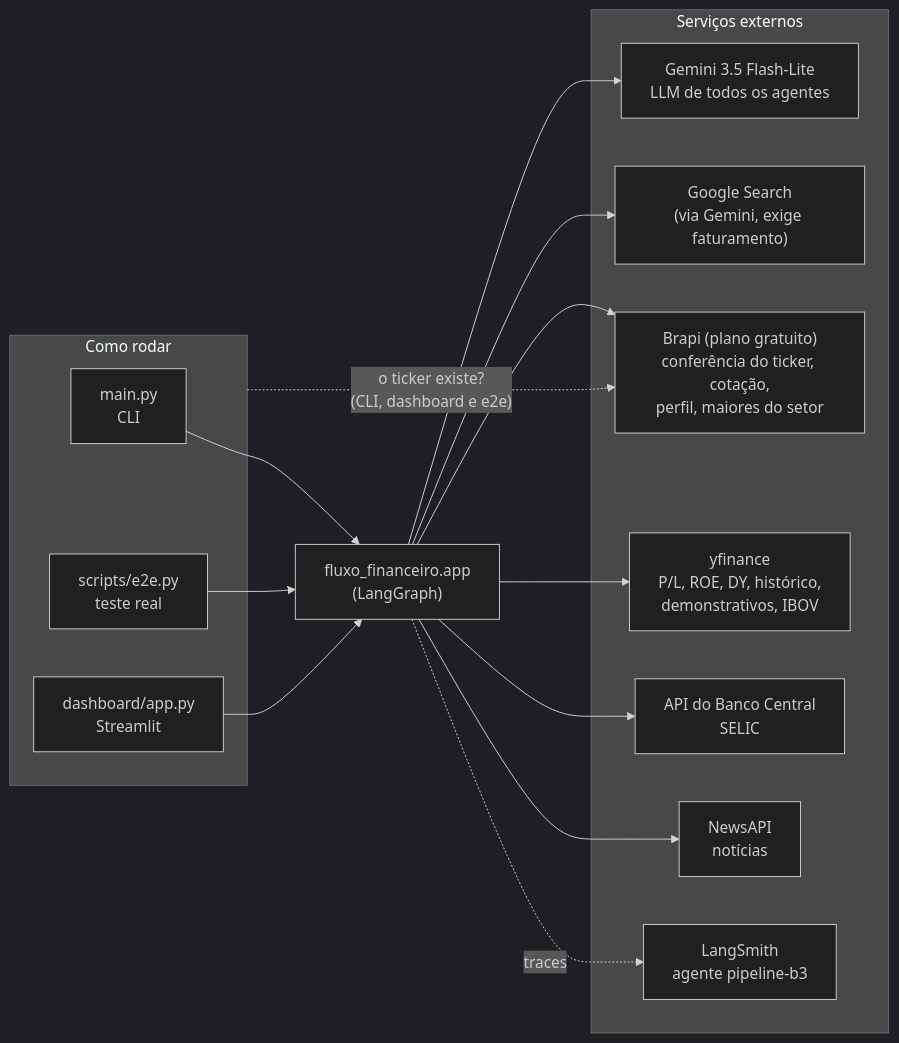
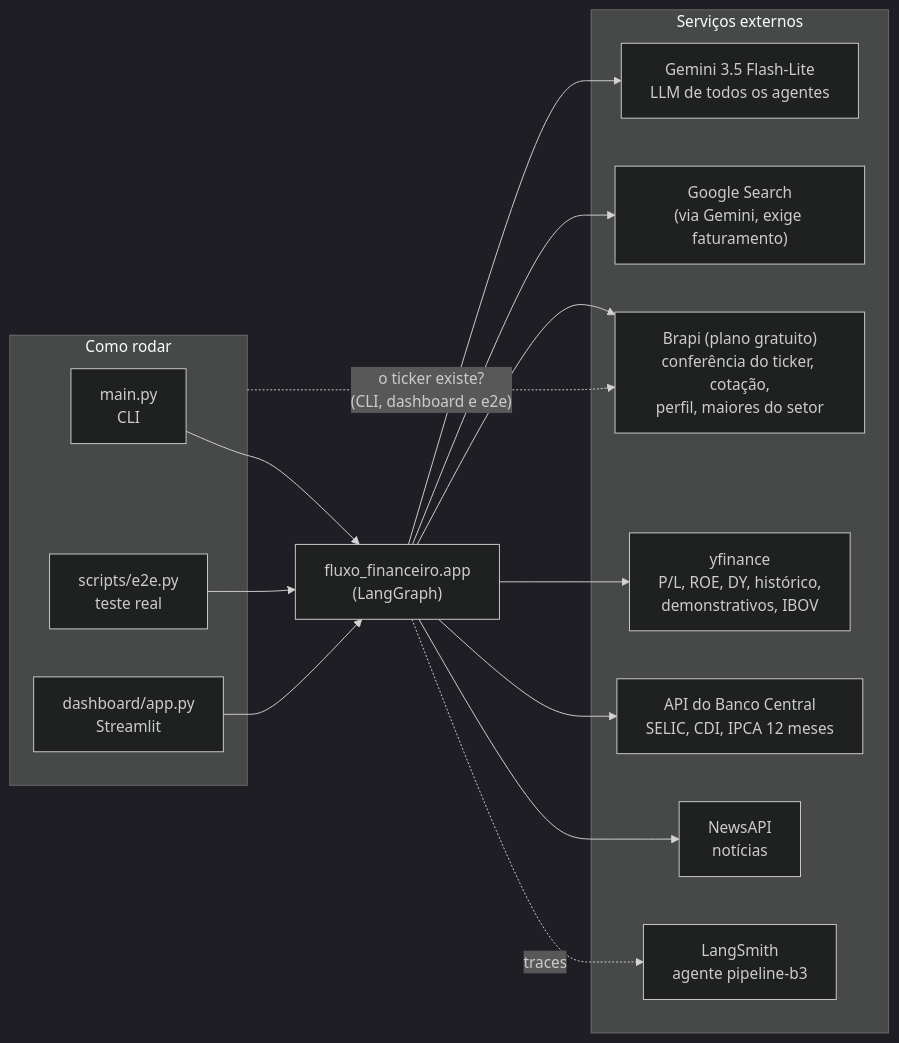
Before and after one commit to igorc22/pipeline-inteligencia-financeira-b3: the fifth of 6 diagrams in docs/arquitetura.md, drawn with Mermaid (dark theme). The commit also changed other lines of this file and 2 other files, not shown here.

Commit message:
docs: banco central e ajustes dos evals no diário, na arquitetura e no readme

````diff
--- a/docs/arquitetura.md
+++ b/docs/arquitetura.md
@@ -194,33 +199,33 @@
 ```mermaid
 flowchart LR
     subgraph entrada["Como rodar"]
         CLI["main.py<br/>CLI"]
         DASH["dashboard/app.py<br/>Streamlit"]
         E2E["scripts/e2e.py<br/>teste real"]
     end
 
     APP["fluxo_financeiro.app<br/>(LangGraph)"]
 
     subgraph externos["Serviços externos"]
         GEM["Gemini 3.5 Flash-Lite<br/>LLM de todos os agentes"]
         GS["Google Search<br/>(via Gemini, exige faturamento)"]
         BRAPI["Brapi (plano gratuito)<br/>conferência do ticker, cotação,<br/>perfil, maiores do setor"]
         YF["yfinance<br/>P/L, ROE, DY, histórico,<br/>demonstrativos, IBOV"]
-        BCB["API do Banco Central<br/>SELIC"]
+        BCB["API do Banco Central<br/>SELIC, CDI, IPCA 12 meses"]
         NAPI["NewsAPI<br/>notícias"]
         LS["LangSmith<br/>agente pipeline-b3"]
     end
 
     CLI --> APP
     E2E --> APP
     DASH --> APP
     entrada -.->|"o ticker existe?<br/>(CLI, dashboard e e2e)"| BRAPI
 
     APP --> GEM
     APP --> GS
     APP --> BRAPI
     APP --> YF
     APP --> BCB
     APP --> NAPI
     APP -.->|"traces"| LS
 ```
````
